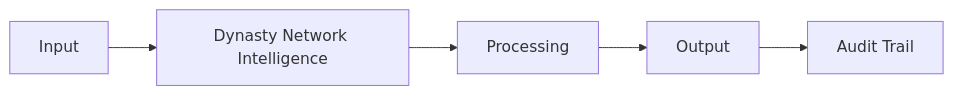
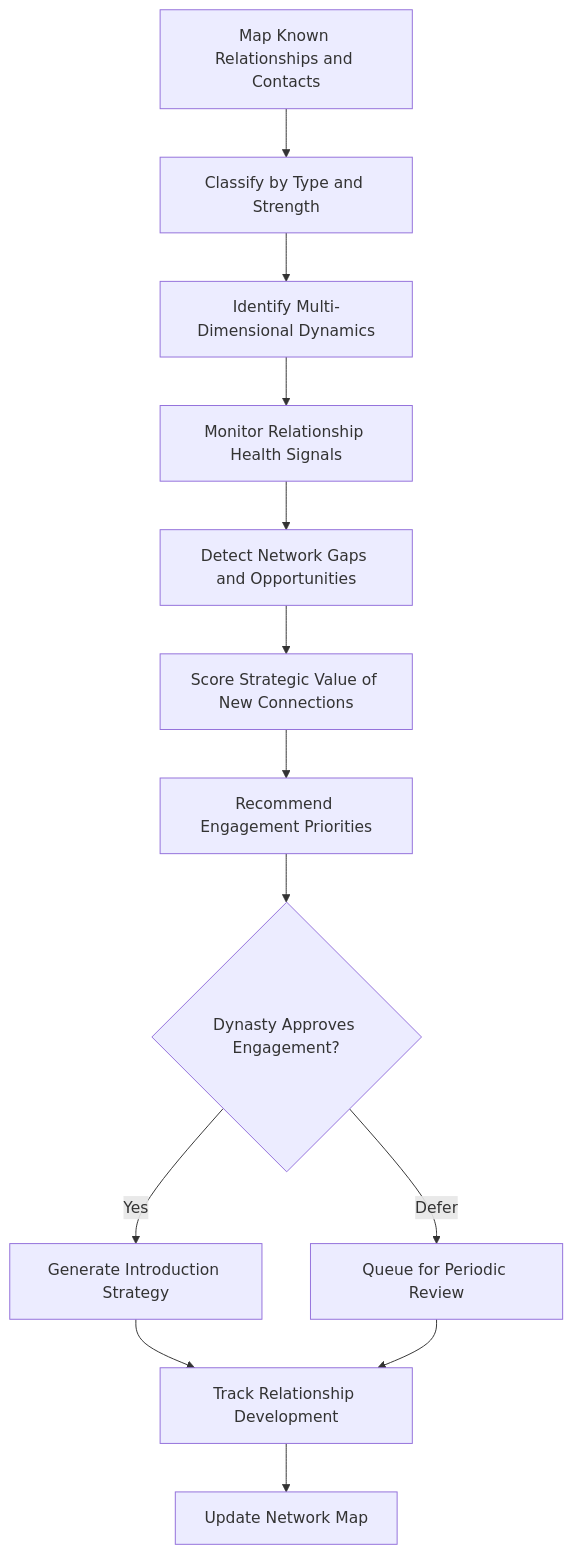
The diagram in docs/audiences/05-dynasties/dynasty-network-intelligence.mdx (andrew-leo-2024/marketplace-docs), drawn with Mermaid before and after one commit. The commit also changed other lines of this file and 401 other files, not shown here.

````diff
--- a/docs/audiences/05-dynasties/dynasty-network-intelligence.mdx
+++ b/docs/audiences/05-dynasties/dynasty-network-intelligence.mdx
@@ -29,7 +35,15 @@
 ```mermaid
-graph LR
-    A[Input] --> B[Dynasty Network Intelligence]
-    B --> C[Processing]
-    C --> D[Output]
-    D --> E[Audit Trail]
+graph TD
+    A[Map Known Relationships and Contacts] --> B[Classify by Type and Strength]
+    B --> C[Identify Multi-Dimensional Dynamics]
+    C --> D[Monitor Relationship Health Signals]
+    D --> E[Detect Network Gaps and Opportunities]
+    E --> F[Score Strategic Value of New Connections]
+    F --> G[Recommend Engagement Priorities]
+    G --> H{Dynasty Approves Engagement?}
+    H -->|Yes| I[Generate Introduction Strategy]
+    H -->|Defer| J[Queue for Periodic Review]
+    I --> K[Track Relationship Development]
+    J --> K
+    K --> L[Update Network Map]
 ```
````
